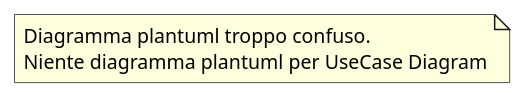
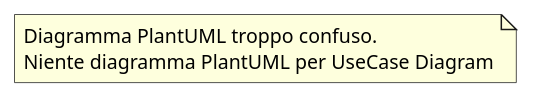
Before and after one commit to luigiaceto/geocontrol: the second of 5 diagrams in doc/Requirements.md, drawn with PlantUML. The commit also changed other lines of this file, not shown here.

Commit message:
Update: last commit

````diff
--- a/doc/Requirements.md
+++ b/doc/Requirements.md
@@ -406,7 +410,7 @@
 ``` plantuml
 
-'No plantuml per questo
+'No PlantUML per questo
 
-note "Diagramma plantuml troppo confuso.\nNiente diagramma plantuml per UseCase Diagram" as N1
+note "Diagramma PlantUML troppo confuso.\nNiente diagramma PlantUML per UseCase Diagram" as N1
 
 ```
````
